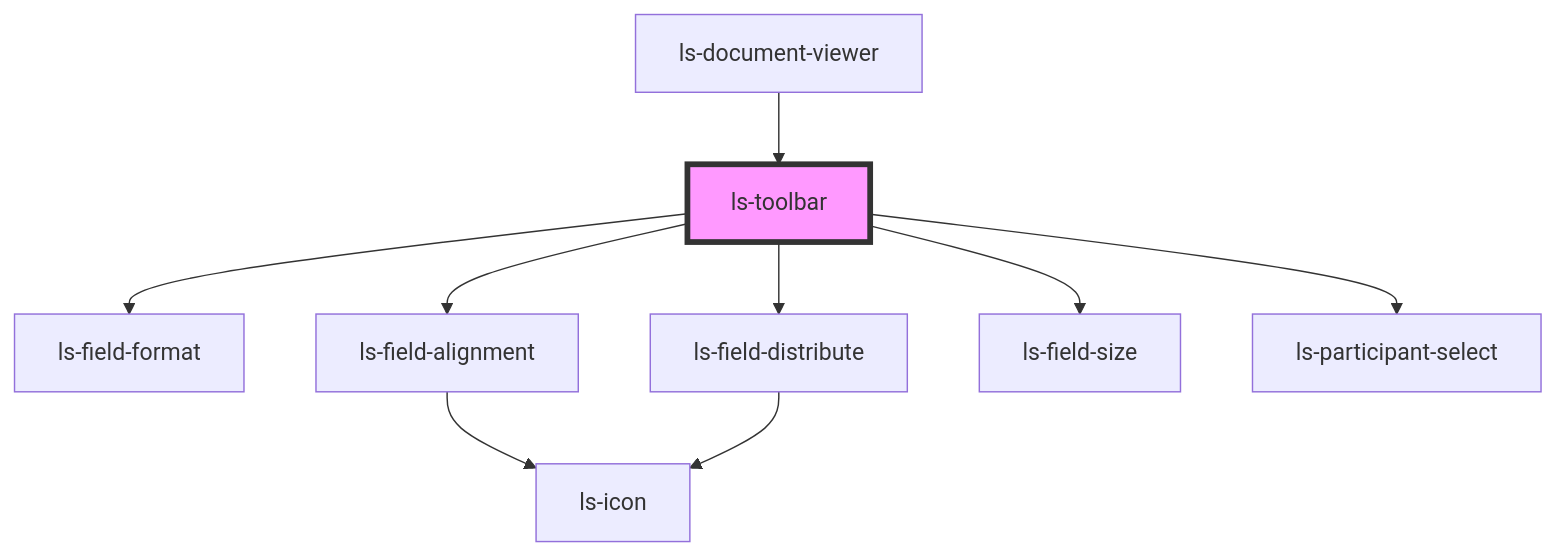
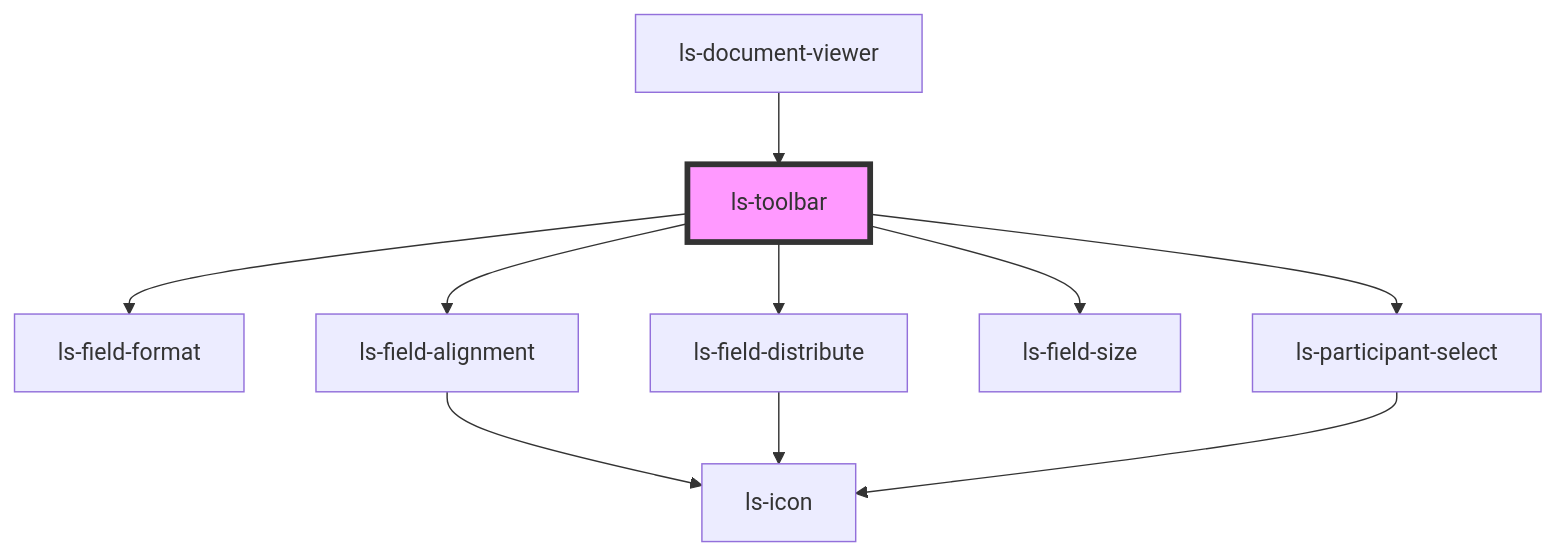
The diagram in src/components/ls-toolbar/readme.md (legalesign/ls-document-viewer), drawn with Mermaid before and after one commit. The commit also changed 6 other files, not shown here.

````diff
--- a/src/components/ls-toolbar/readme.md
+++ b/src/components/ls-toolbar/readme.md
@@ -40,12 +40,13 @@
 ```mermaid
 graph TD;
   ls-toolbar --> ls-field-format
   ls-toolbar --> ls-field-alignment
   ls-toolbar --> ls-field-distribute
   ls-toolbar --> ls-field-size
   ls-toolbar --> ls-participant-select
   ls-field-alignment --> ls-icon
   ls-field-distribute --> ls-icon
+  ls-participant-select --> ls-icon
   ls-document-viewer --> ls-toolbar
   style ls-toolbar fill:#f9f,stroke:#333,stroke-width:4px
 ```
````
